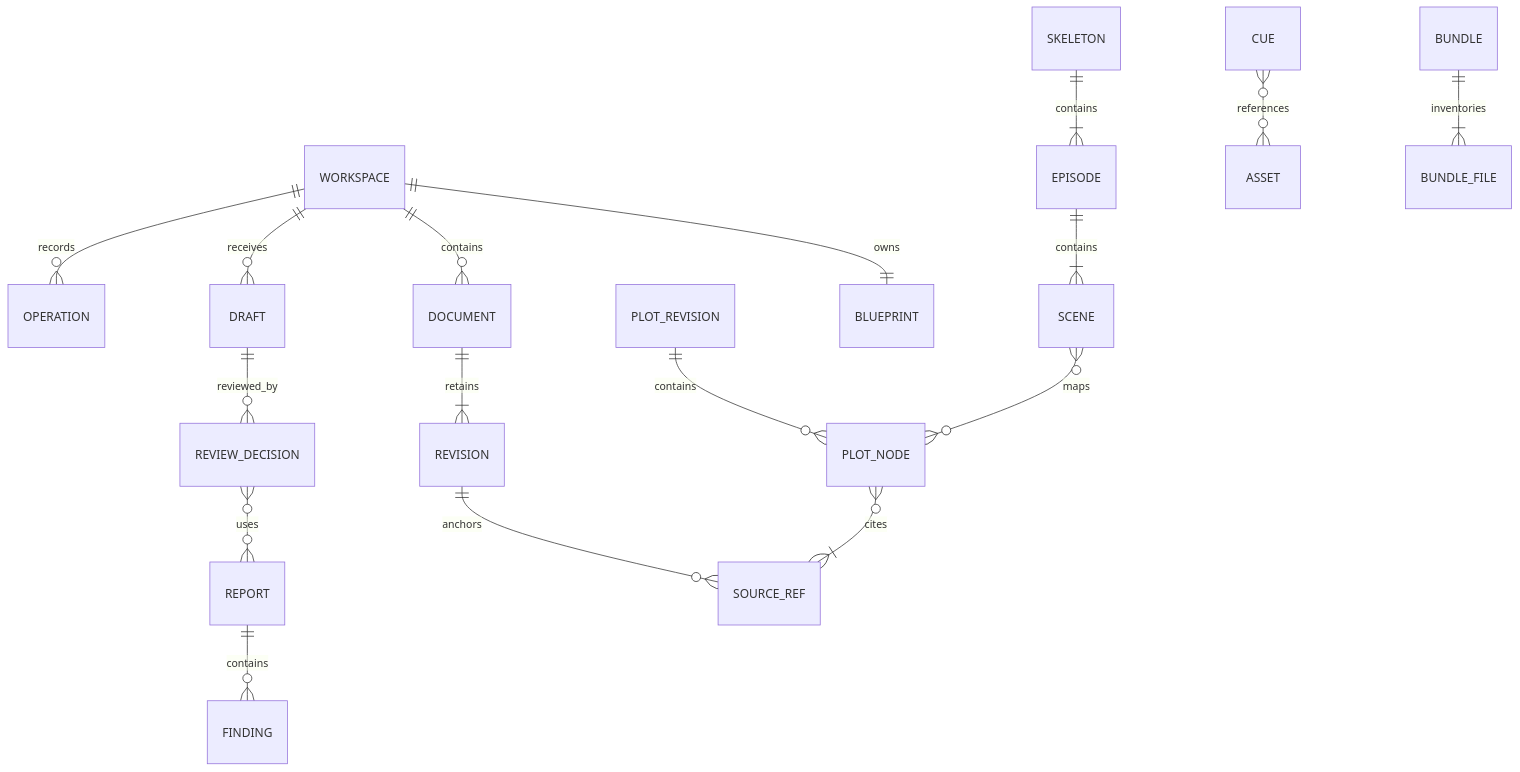
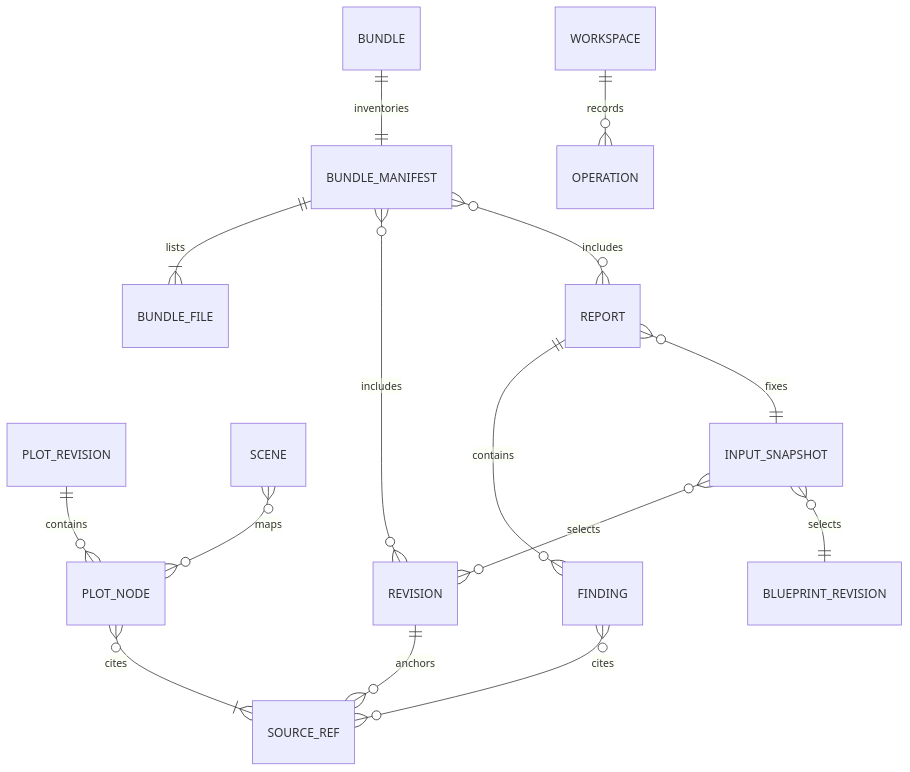
The third of 3 diagrams in docs/29-数据字典与Schema设计.md (limecloud/hetu), drawn with Mermaid before and after one commit. The commit also changed other lines of this file and 252 other files, not shown here.

````diff
--- a/docs/29-数据字典与Schema设计.md
+++ b/docs/29-数据字典与Schema设计.md
@@ -126,19 +237,17 @@
 ```mermaid
 erDiagram
-    WORKSPACE ||--|| BLUEPRINT : owns
-    WORKSPACE ||--o{ DOCUMENT : contains
-    DOCUMENT ||--|{ REVISION : retains
-    WORKSPACE ||--o{ DRAFT : receives
-    DRAFT ||--o{ REVIEW_DECISION : reviewed_by
-    REVIEW_DECISION }o--o{ REPORT : uses
-    REPORT ||--o{ FINDING : contains
     REVISION ||--o{ SOURCE_REF : anchors
     PLOT_REVISION ||--o{ PLOT_NODE : contains
     PLOT_NODE }o--|{ SOURCE_REF : cites
-    SKELETON ||--|{ EPISODE : contains
-    EPISODE ||--|{ SCENE : contains
     SCENE }o--o{ PLOT_NODE : maps
-    CUE }o--o{ ASSET : references
-    BUNDLE ||--|{ BUNDLE_FILE : inventories
+    REPORT ||--o{ FINDING : contains
+    FINDING }o--o{ SOURCE_REF : cites
+    REPORT }o--|| INPUT_SNAPSHOT : fixes
+    INPUT_SNAPSHOT }o--o{ REVISION : selects
+    INPUT_SNAPSHOT }o--|| BLUEPRINT_REVISION : selects
+    BUNDLE ||--|| BUNDLE_MANIFEST : inventories
+    BUNDLE_MANIFEST ||--|{ BUNDLE_FILE : lists
+    BUNDLE_MANIFEST }o--o{ REVISION : includes
+    BUNDLE_MANIFEST }o--o{ REPORT : includes
     WORKSPACE ||--o{ OPERATION : records
 ```
````
